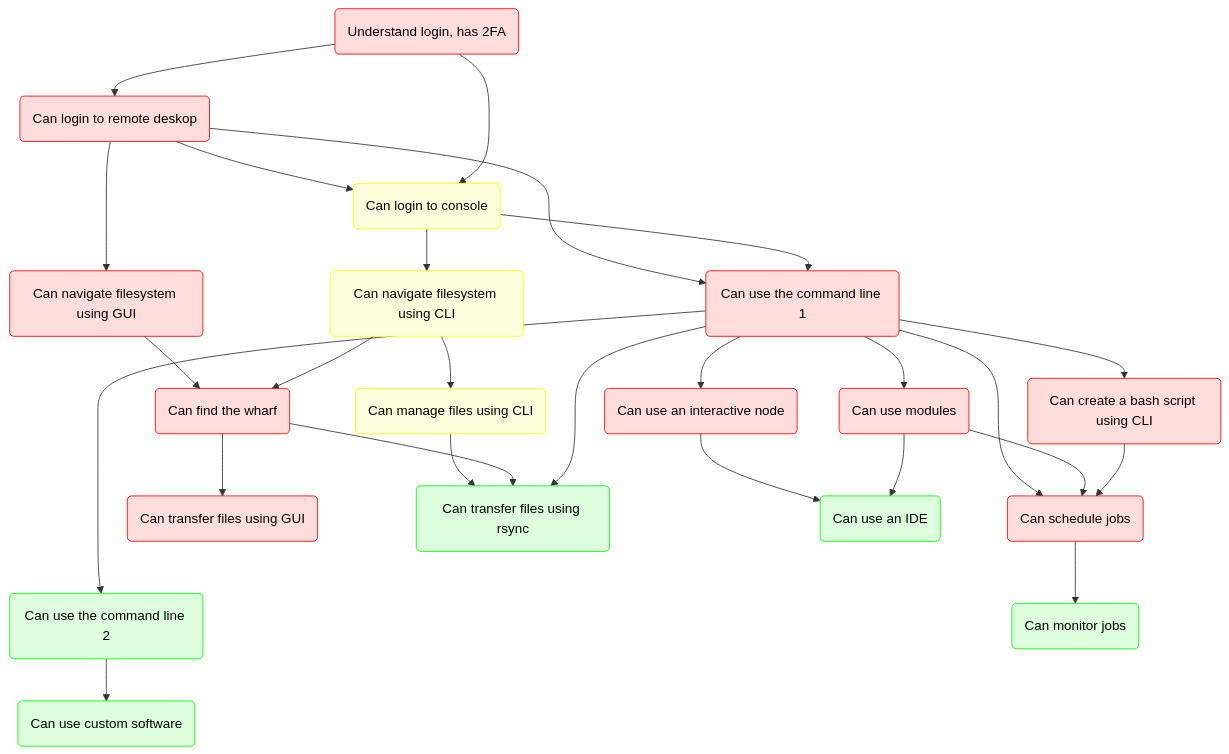
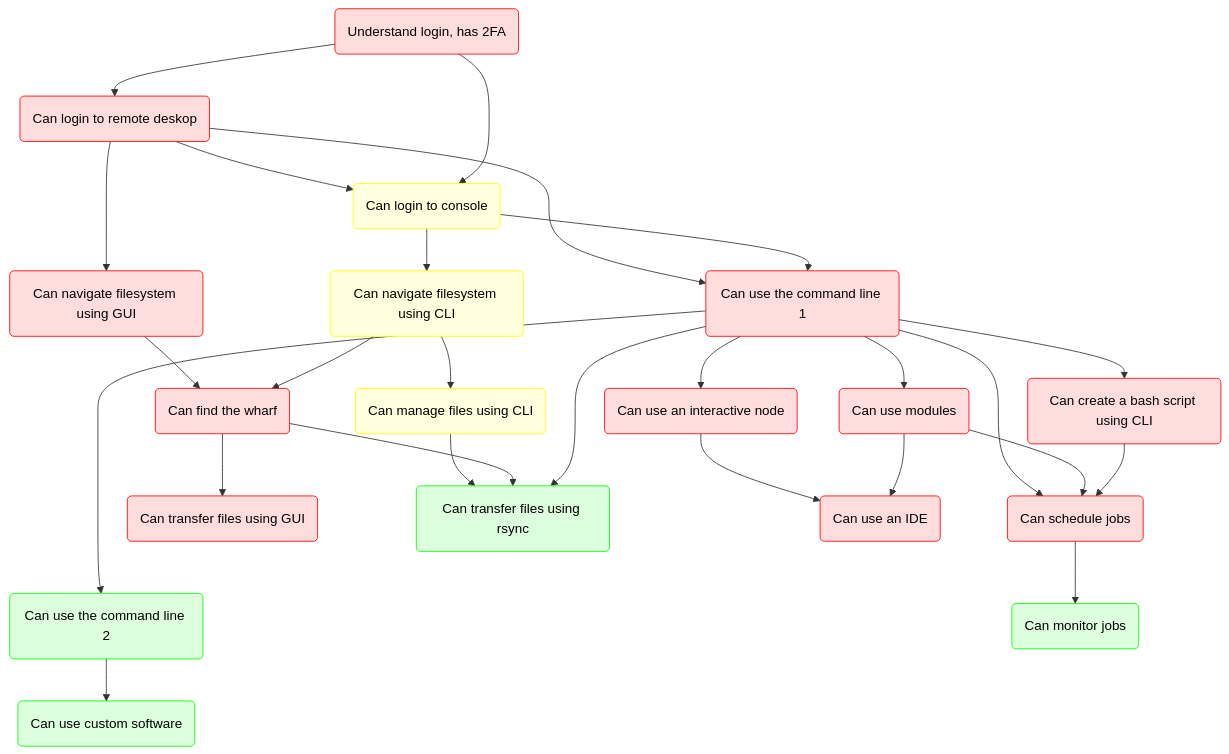
Before and after one commit to UPPMAX/bianca_workshops: the diagram in docs/beginner/summary.md, drawn with Mermaid.

````diff
--- a/docs/beginner/summary.md
+++ b/docs/beginner/summary.md
@@ -22,73 +22,73 @@
 ```mermaid
 %% Direction is top->down
 flowchart TD
 
     %% Give a white background, instead of a transparent one
     classDef node fill:#fff,color:#000,stroke:#000
     classDef focus_node fill:#fff,color:#000,stroke:#000,stroke-width:4px
     classDef basic_node fill:#fdd,color:#000,stroke:#f00
     classDef basic_extra_node fill:#ffd,color:#000,stroke:#ff0
     classDef intermediate_node fill:#dfd,color:#000,stroke:#0f0
 
     %% subgraph sub_basic_use[Basic use of Bianca]
       understand_login(Understand login, has 2FA):::basic_node
       can_login_to_remove_desktop(Can login to remote deskop):::basic_node
       can_login_to_console(Can login to console):::basic_extra_node
       can_navigate_filesystem_using_gui(Can navigate filesystem using GUI):::basic_node
       can_navigate_filesystem_using_cli(Can navigate filesystem using CLI):::basic_extra_node
       can_find_wharf(Can find the wharf):::basic_node
       can_use_command_line_1(Can use the command line 1):::basic_node
       can_use_modules(Can use modules):::basic_node
       can_use_interactive_node(Can use an interactive node):::basic_node
       can_manage_files_using_cli(Can manage files using CLI):::basic_extra_node
       can_schedule_jobs(Can schedule jobs):::basic_node
       can_create_bash_script_using_cli(Can create a bash script using CLI):::basic_node
       can_tranfer_files_using_gui(Can transfer files using GUI):::basic_node
     %% end
     %% style sub_basic_use fill:#fcc,color:#000,stroke:#fcc
 
     %% subgraph sub_intermediate_use[Intermediate use of Bianca]
       can_tranfer_files_using_rsync(Can transfer files using rsync):::intermediate_node
       can_use_command_line_2(Can use the command line 2):::intermediate_node
       can_use_custom_software(Can use custom software):::intermediate_node
       can_monitor_jobs(Can monitor jobs):::intermediate_node
-      can_use_ide(Can use an IDE):::intermediate_node
+      can_use_ide(Can use an IDE):::basic_node
     %% end
     %% style sub_intermediate_use fill:#ffc,color:#000,stroke:#ffc
 
 
     %% Basic
     understand_login --> can_login_to_remove_desktop
     can_login_to_remove_desktop --> can_login_to_console
     can_login_to_remove_desktop --> can_use_command_line_1
     can_login_to_remove_desktop --> can_navigate_filesystem_using_gui
     can_navigate_filesystem_using_gui --> can_find_wharf
     can_login_to_console --> can_navigate_filesystem_using_cli
     can_navigate_filesystem_using_cli --> can_find_wharf
     can_find_wharf --> can_tranfer_files_using_gui
     understand_login --> can_login_to_console
     can_login_to_console --> can_use_command_line_1
     can_use_command_line_1 --> can_use_modules
     can_use_command_line_1 --> can_use_interactive_node
     can_use_command_line_1 --> can_use_command_line_2
     can_use_command_line_1 --> can_create_bash_script_using_cli
     can_use_command_line_1 --> can_schedule_jobs
     can_navigate_filesystem_using_cli --> can_manage_files_using_cli
     can_use_modules --> can_schedule_jobs
     can_create_bash_script_using_cli --> can_schedule_jobs
 
     %% Basic -> Intermediate
     can_manage_files_using_cli --> can_tranfer_files_using_rsync
     can_find_wharf --> can_tranfer_files_using_rsync
     can_schedule_jobs --> can_monitor_jobs
     can_use_interactive_node --> can_use_ide
     can_use_modules --> can_use_ide
 
     %% Make sure Intermediate is below Basic,
     %% using invisible nodes
     can_schedule_jobs ~~~ can_use_command_line_2
 
     %% Intermediate
     can_use_command_line_1 --> can_tranfer_files_using_rsync
     can_use_command_line_2 --> can_use_custom_software
 ```
````
